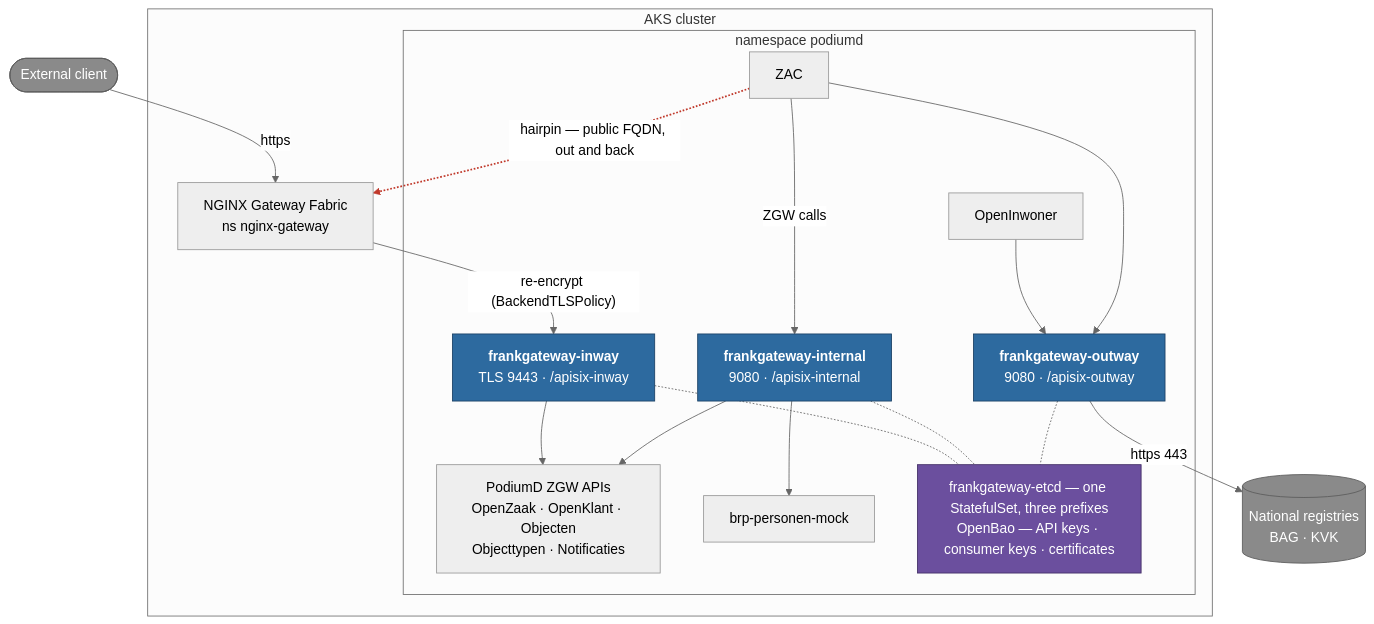
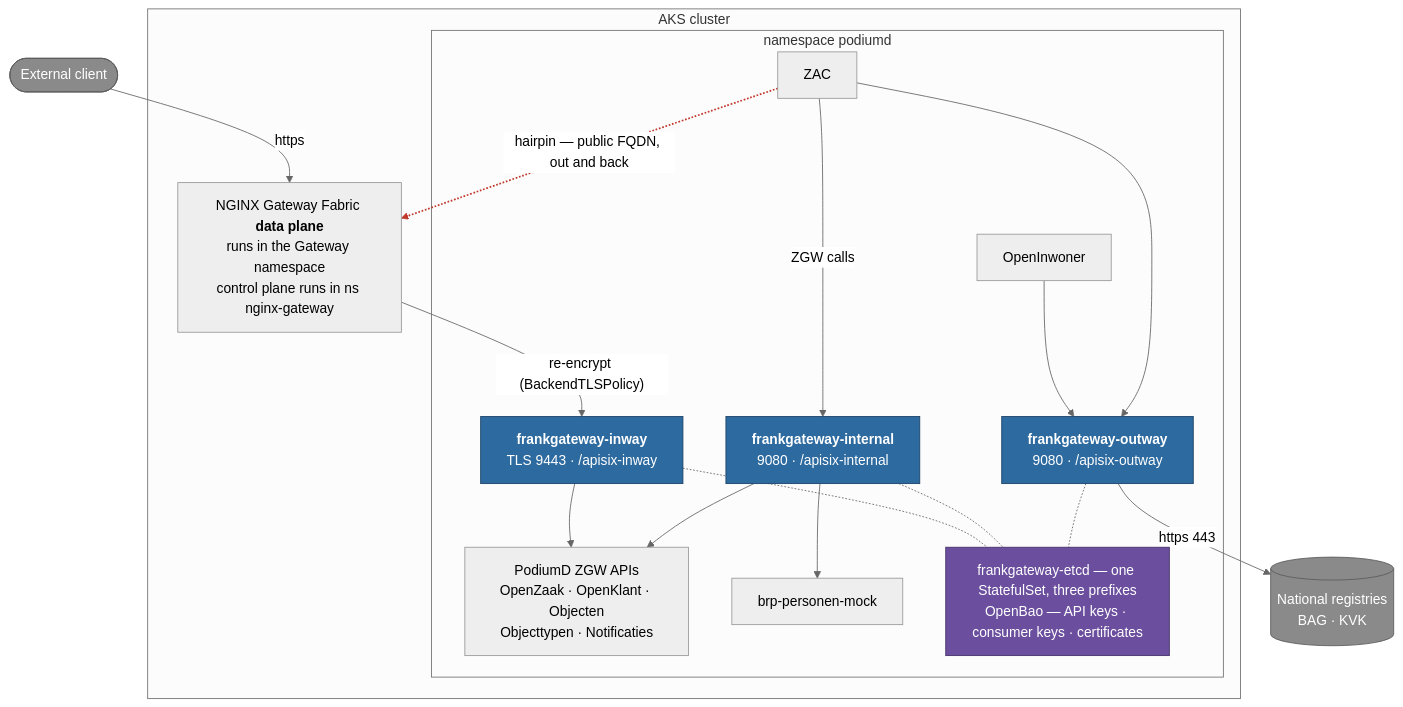
The diagram in charts/podiumd/docs/apps/frankgateway/frankgateway-traffic-classes.md (Dimpact-Samenwerking/helm-charts), drawn with Mermaid (neutral theme) before and after one commit. The commit also changed other lines of this file, not shown here.

````diff
--- a/charts/podiumd/docs/apps/frankgateway/frankgateway-traffic-classes.md
+++ b/charts/podiumd/docs/apps/frankgateway/frankgateway-traffic-classes.md
@@ -29,49 +29,49 @@
 ```mermaid
 flowchart TB
   client([External client])
   registries[("National registries<br/>BAG · KVK")]
 
   subgraph cluster["AKS cluster"]
-    ngf["NGINX Gateway Fabric<br/>ns nginx-gateway"]
+    ngf["NGINX Gateway Fabric <b>data plane</b><br/>runs in the Gateway namespace<br/>control plane runs in ns nginx-gateway"]
 
     subgraph podiumd["namespace podiumd"]
       inway["<b>frankgateway-inway</b><br/>TLS 9443 · /apisix-inway"]
       internal["<b>frankgateway-internal</b><br/>9080 · /apisix-internal"]
       outway["<b>frankgateway-outway</b><br/>9080 · /apisix-outway"]
 
       apps["PodiumD ZGW APIs<br/>OpenZaak · OpenKlant · Objecten<br/>Objecttypen · Notificaties"]
       brpmock["brp-personen-mock"]
       zac["ZAC"]
       inwoner["OpenInwoner"]
 
       shared["frankgateway-etcd — one StatefulSet, three prefixes<br/>OpenBao — API keys · consumer keys · certificates"]
     end
   end
 
   client -->|https| ngf
   ngf -->|"re-encrypt (BackendTLSPolicy)"| inway
   inway --> apps
 
   zac -->|ZGW calls| internal
   internal --> apps
   internal --> brpmock
 
   inwoner --> outway
   zac --> outway
   outway -->|"https 443"| registries
 
   zac -.->|"hairpin — public FQDN, out and back"| ngf
 
   inway -.- shared
   internal -.- shared
   outway -.- shared
 
   classDef gw fill:#2d6a9f,stroke:#1b4165,color:#fff
   classDef store fill:#6b4f9e,stroke:#432f66,color:#fff
   classDef ext fill:#8a8a8a,stroke:#5c5c5c,color:#fff
   class inway,outway,internal gw
   class shared store
   class client,registries ext
   %% link 9 is the zac -> ngf hairpin (links are numbered in declaration order)
   linkStyle 9 stroke:#c0392b,stroke-width:2px
 ```
````
